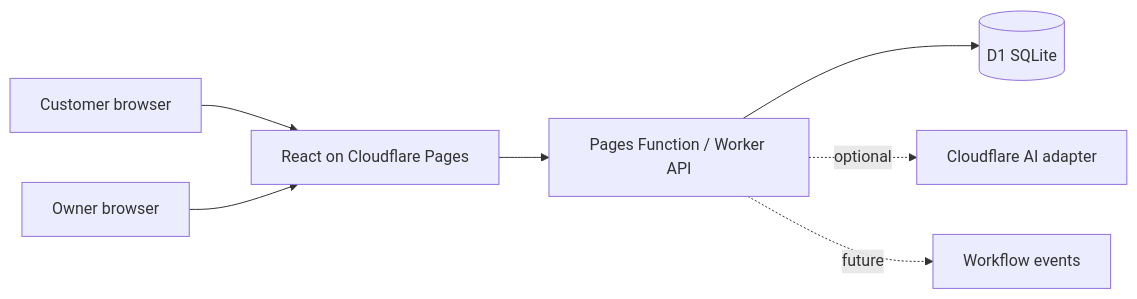
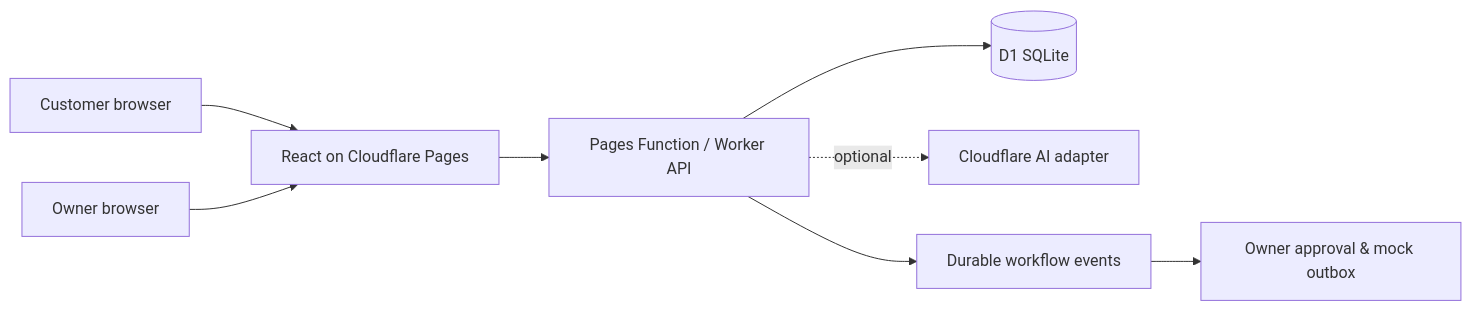
The diagram in README.md (pasindu-jayasena/microbizflow-ai), drawn with Mermaid before and after one commit. The commit also changed other lines of this file and 14 other files, not shown here.

Commit message:
Add approval-based mock notification workflows

````diff
--- a/README.md
+++ b/README.md
@@ -55,9 +59,10 @@
 ```mermaid
 flowchart LR
   Customer[Customer browser] --> Pages[React on Cloudflare Pages]
   Owner[Owner browser] --> Pages
   Pages --> API[Pages Function / Worker API]
   API --> D1[(D1 SQLite)]
   API -. optional .-> AI[Cloudflare AI adapter]
-  API -. future .-> Events[Workflow events]
+  API --> Events[Durable workflow events]
+  Events --> Approval[Owner approval & mock outbox]
 ```
````
